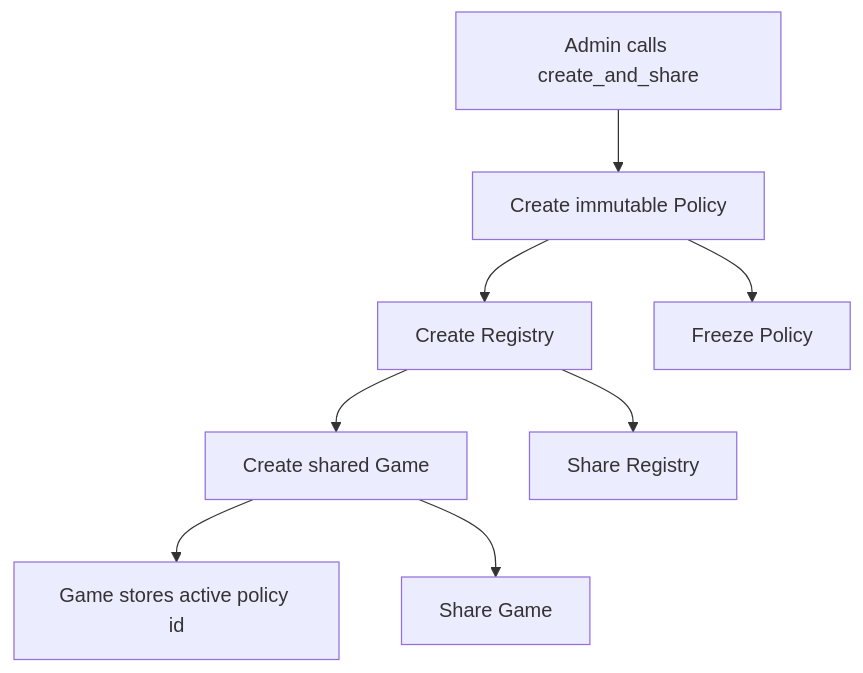
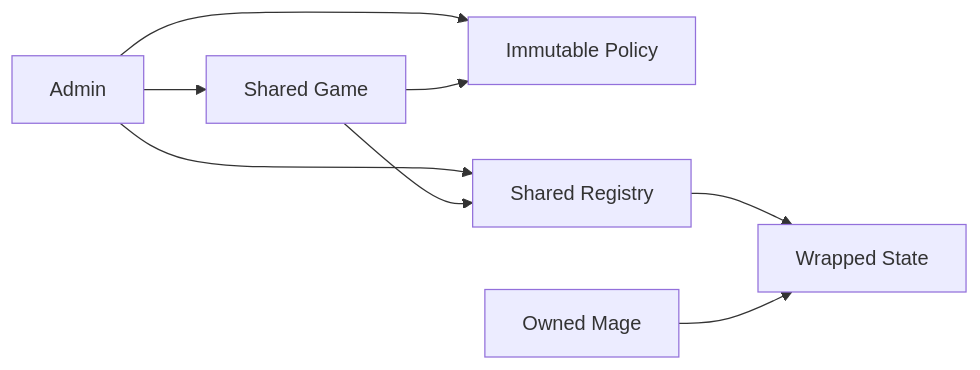
The fourth of 7 diagrams in token_bucket/README.md (0xNeshi/rate-limiter-proposal), drawn with Mermaid before and after one commit. The commit also changed other lines of this file, not shown here.

Commit message:
update flowcharts

````diff
--- a/token_bucket/README.md
+++ b/token_bucket/README.md
@@ -124,10 +136,17 @@
 ```mermaid
-flowchart TD
-    A[Admin calls create_and_share] --> B[Create immutable Policy<ManaTag>]
-    B --> C[Create Registry<ManaTag>]
-    C --> D[Create shared Game]
-    D --> E[Game stores active policy id]
-    D --> F[Share Game]
-    C --> G[Share Registry]
-    B --> H[Freeze Policy]
+flowchart LR
+    Admin[Admin]
+    Game[Shared Game]
+    Policy[Immutable Policy<ManaTag>]
+    Registry[Shared Registry<ManaTag>]
+    Mage[Owned Mage]
+    Mana[Wrapped State<ManaTag>]
+
+    Admin --> Game
+    Admin --> Policy
+    Admin --> Registry
+    Game --> Policy
+    Game --> Registry
+    Registry --> Mana
+    Mage --> Mana
 ```
````
